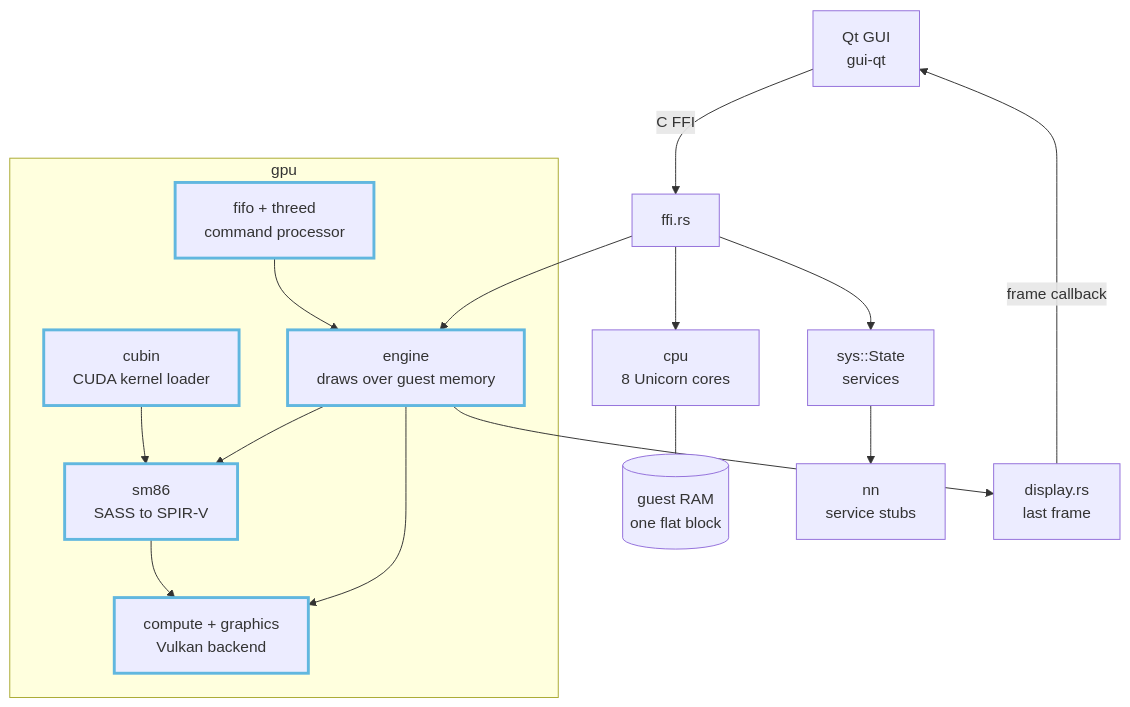
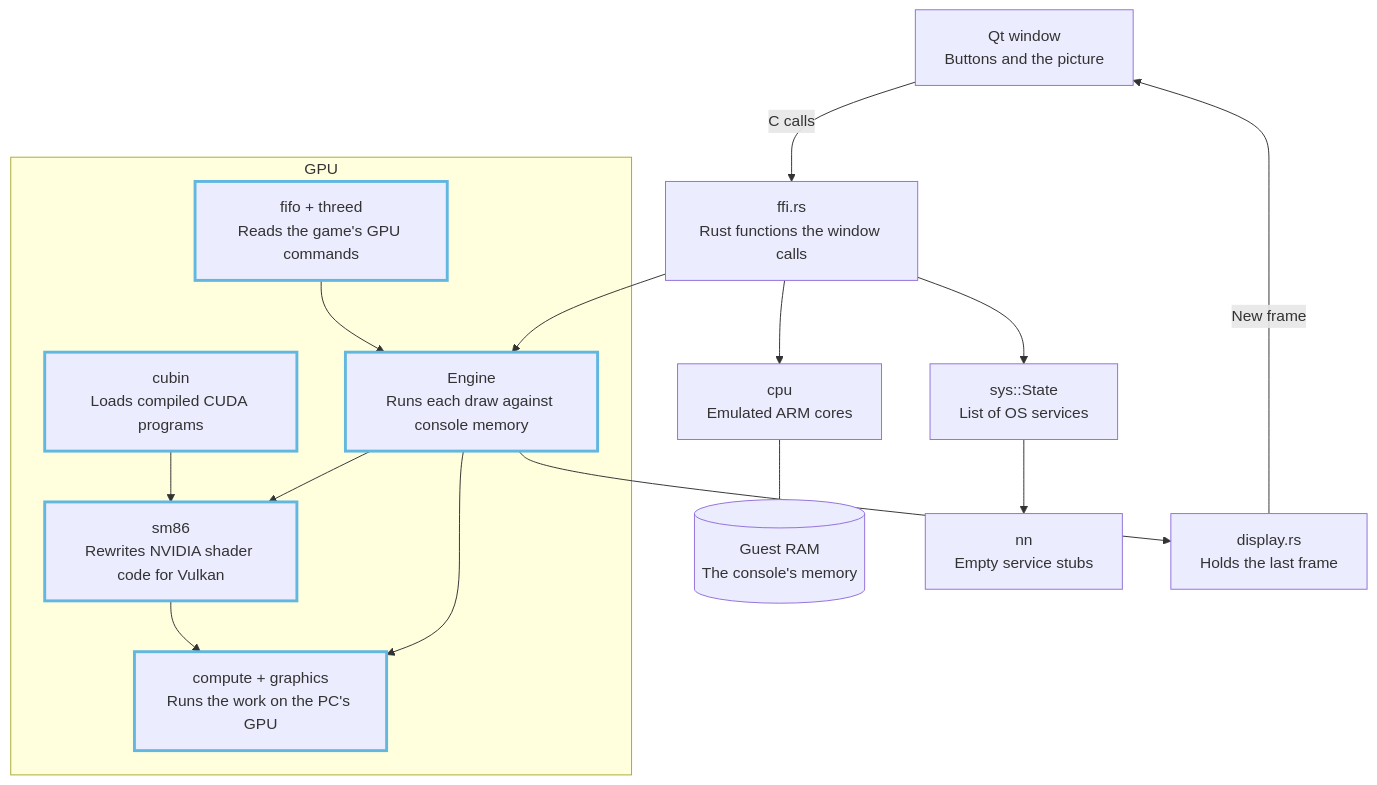
One commit to 0xNikilite/oboromi changed the diagram in docs/architecture/README.md. Above: the diagram before and after it, drawn with Mermaid. The commit also changed other lines of this file and 22 other files, not shown here.

````diff
--- a/docs/architecture/README.md
+++ b/docs/architecture/README.md
@@ -5,20 +5,20 @@
 ```mermaid
 flowchart TB
-    GUI["Qt GUI<br/>gui-qt"] -->|"C FFI"| FFI["ffi.rs"]
-    FFI --> SYS["sys::State<br/>services"]
-    FFI --> CPU["cpu<br/>8 Unicorn cores"]
-    CPU --- RAM[("guest RAM<br/>one flat block")]
-    SYS --> NN["nn<br/>service stubs"]
+    GUI["Qt window<br/>Buttons and the picture"] -->|"C calls"| FFI["ffi.rs<br/>Rust functions the window calls"]
+    FFI --> SYS["sys::State<br/>List of OS services"]
+    FFI --> CPU["cpu<br/>Emulated ARM cores"]
+    CPU --- RAM[("Guest RAM<br/>The console's memory")]
+    SYS --> NN["nn<br/>Empty service stubs"]
     FFI --> ENG
-    subgraph GPU["gpu"]
-        FIFO["fifo + threed<br/>command processor"] --> ENG["engine<br/>draws over guest memory"]
-        ENG --> SASS["sm86<br/>SASS to SPIR-V"]
-        ENG --> VK["compute + graphics<br/>Vulkan backend"]
+    subgraph GPU["GPU"]
+        FIFO["fifo + threed<br/>Reads the game's GPU commands"] --> ENG["Engine<br/>Runs each draw against console memory"]
+        ENG --> SASS["sm86<br/>Rewrites NVIDIA shader code for Vulkan"]
+        ENG --> VK["compute + graphics<br/>Runs the work on the PC's GPU"]
         SASS --> VK
-        CUDA["cubin<br/>CUDA kernel loader"] --> SASS
+        CUDA["cubin<br/>Loads compiled CUDA programs"] --> SASS
     end
-    ENG --> DISP["display.rs<br/>last frame"]
-    DISP -->|"frame callback"| GUI
+    ENG --> DISP["display.rs<br/>Holds the last frame"]
+    DISP -->|"New frame"| GUI
     classDef gpu stroke:#61b7df,stroke-width:3px
     class FIFO,ENG,SASS,VK,CUDA gpu
 ```
````
